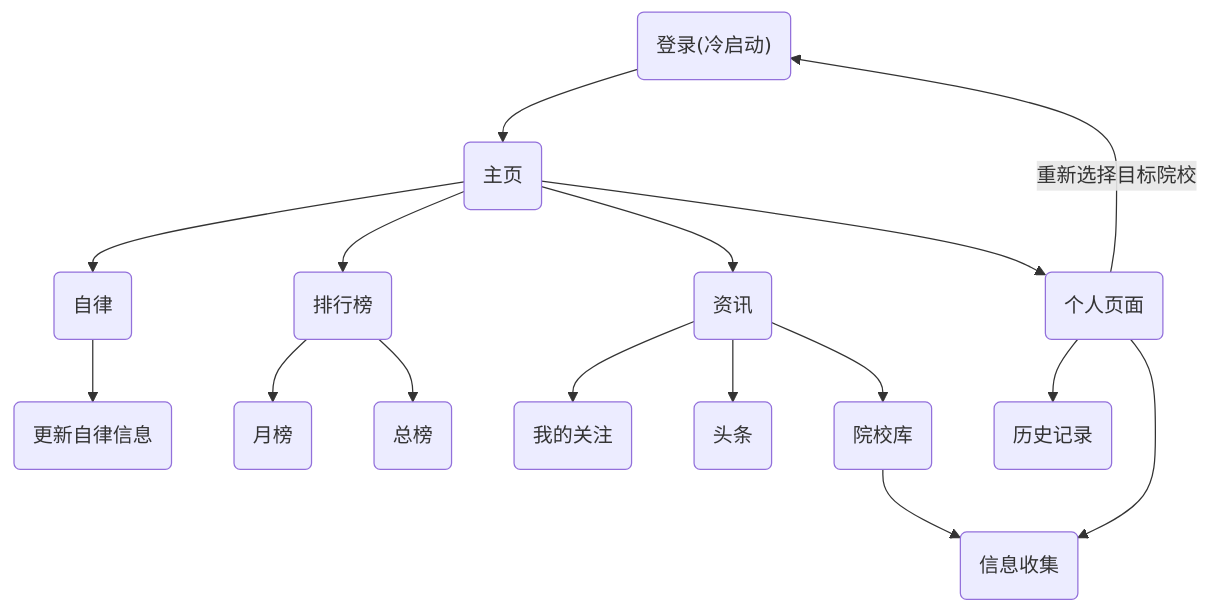
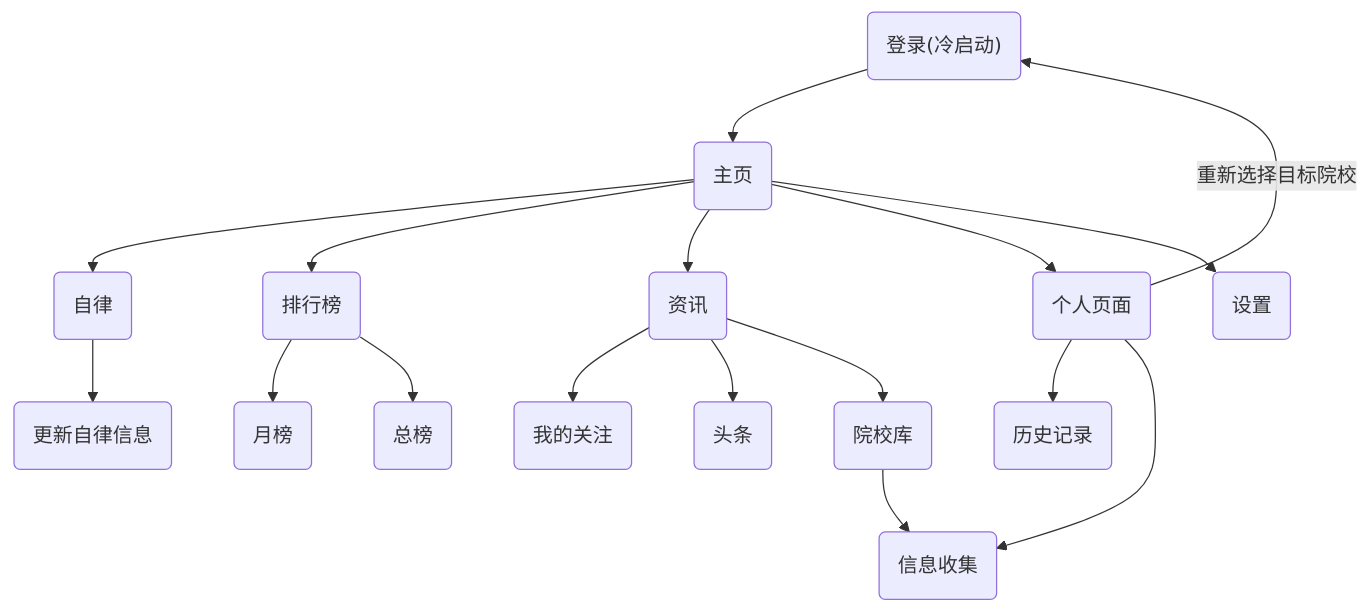
Before and after one commit to fangtaosong/perseverance: the second of 3 diagrams in README.md, drawn with Mermaid. The commit also changed other lines of this file, not shown here.

````diff
--- a/README.md
+++ b/README.md
@@ -80,17 +105,18 @@
 ```mermaid
 graph TB
 	Login("登录(冷启动)")-->index(主页)
 	index-->attention(自律)
 	index-->rank(排行榜)
 	index-->info(资讯)
 	index-->people(个人页面)
 	people--重新选择目标院校-->Login
 	attention-->updete("更新自律信息")
 	rank-->week("月榜")
 	rank-->total(总榜)
 	info-->guanzhu("我的关注")
 	info-->头条("头条")
 	people-->his("历史记录")
 	people-->infoup("信息收集")
 	info-->sch("院校库")-->infoup
+	index-->setting("设置")
 ```
````
